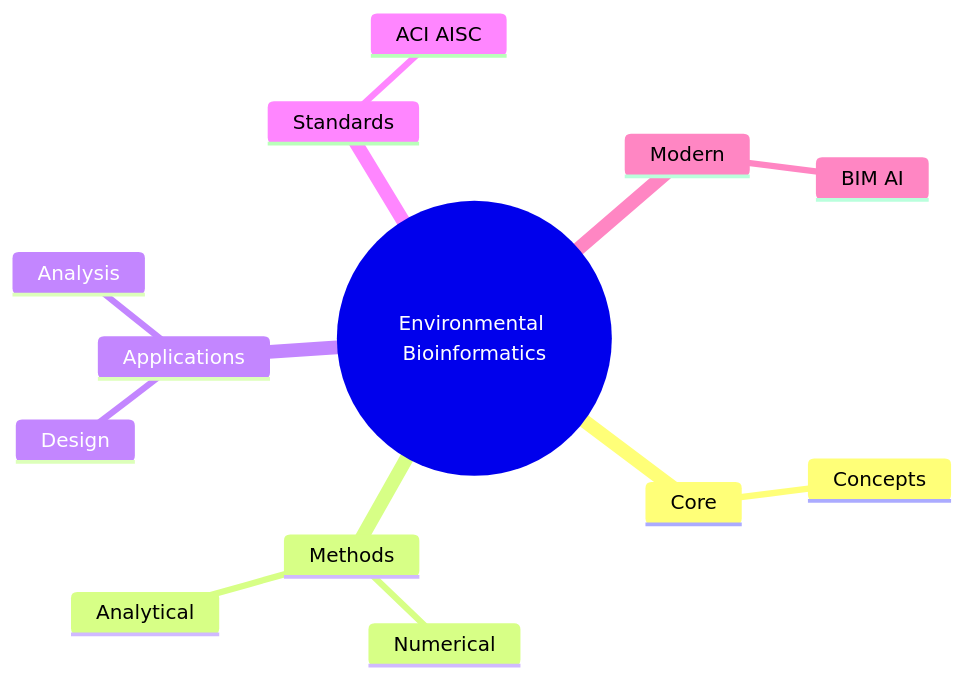
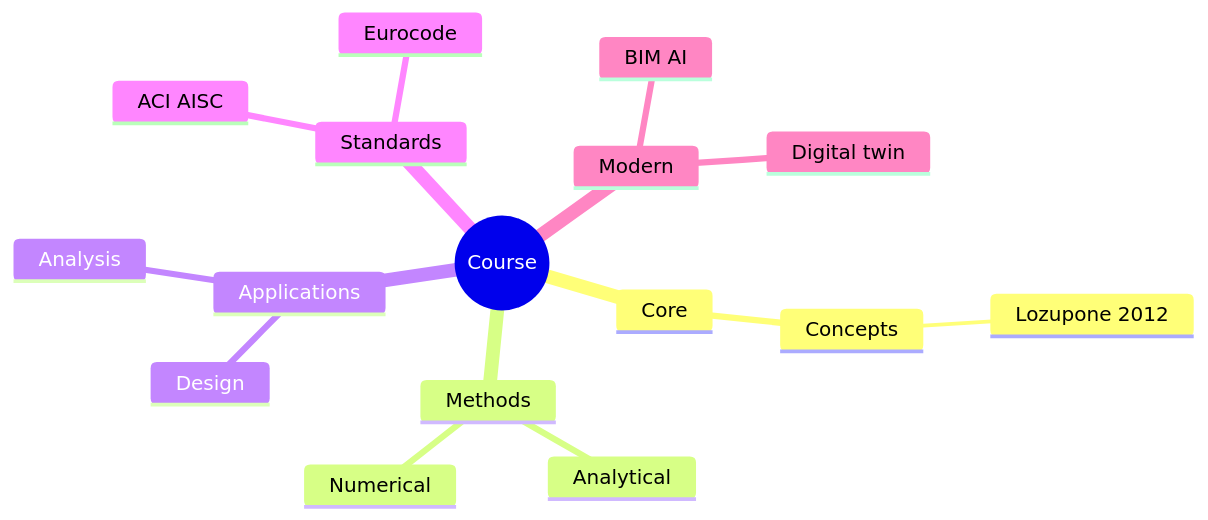
The second of 6 diagrams in MIT_CEE_Core/Track_1_Environment/Environmental_Life_Sciences/07_12.715_Environmental_Bioinformatics.md (yip-lgtm/civil-bootcamp), drawn with Mermaid before and after one commit. The commit also changed other lines of this file and 56 other files, not shown here.

````diff
--- a/MIT_CEE_Core/Track_1_Environment/Environmental_Life_Sciences/07_12.715_Environmental_Bioinformatics.md
+++ b/MIT_CEE_Core/Track_1_Environment/Environmental_Life_Sciences/07_12.715_Environmental_Bioinformatics.md
@@ -262,16 +442,19 @@
 ```mermaid
 mindmap
-    root((Environmental Bioinformatics))
-      Core
-        Concepts
-      Methods
-        Analytical
-        Numerical
-      Applications
-        Design
-        Analysis
-      Standards
-        ACI AISC
-      Modern
-        BIM AI
+  root((Course))
+    Core
+      Concepts
+        Lozupone 2012
+    Methods
+      Analytical
+      Numerical
+    Applications
+      Design
+      Analysis
+    Standards
+      ACI AISC
+      Eurocode
+    Modern
+      BIM AI
+      Digital twin
 ```
````
